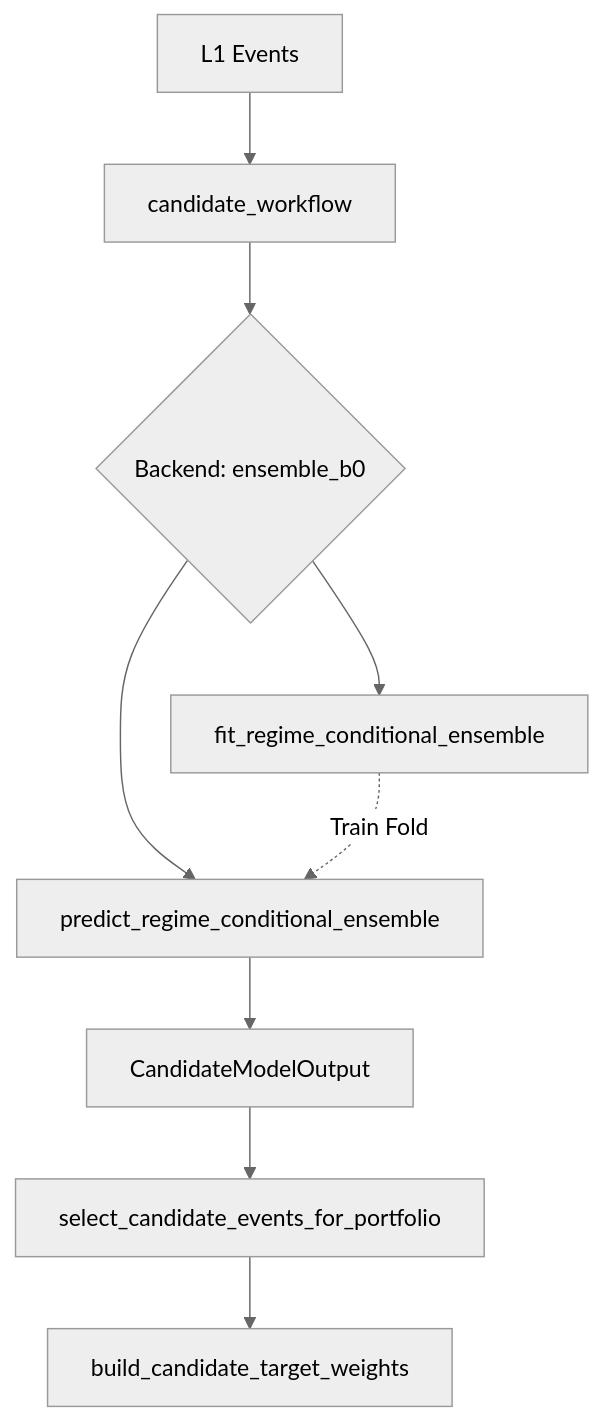
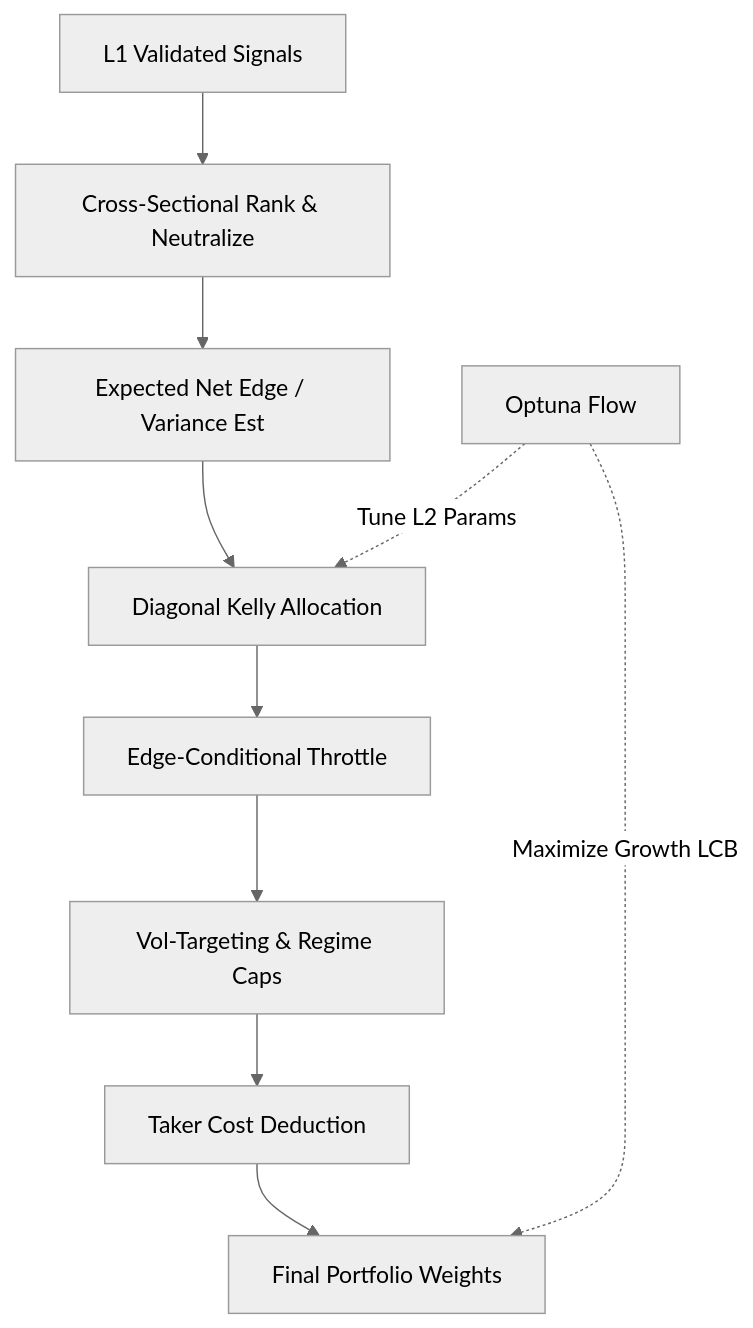
One commit to KTHYEONG/crypto-pilot changed the diagram in docs/architecture/layer2.md. Above: the diagram before and after it, drawn with Mermaid (neutral theme). The commit also changed other lines of this file and 11 other files, not shown here.

````diff
--- a/docs/architecture/layer2.md
+++ b/docs/architecture/layer2.md
@@ -109,11 +74,13 @@
 ```mermaid
 graph TD
-    A[L1 Events] --> B[candidate_workflow]
-    B --> C{Backend: ensemble_b0}
-    C --> D[fit_regime_conditional_ensemble]
-    C --> E[predict_regime_conditional_ensemble]
-    D -.->|Train Fold| E
-    E --> F[CandidateModelOutput]
-    F --> G[select_candidate_events_for_portfolio]
-    G --> H[build_candidate_target_weights]
+    A[L1 Validated Signals] --> B[Cross-Sectional Rank & Neutralize]
+    B --> C[Expected Net Edge / Variance Est]
+    C --> D[Diagonal Kelly Allocation]
+    D --> E[Edge-Conditional Throttle]
+    E --> F[Vol-Targeting & Regime Caps]
+    F --> G[Taker Cost Deduction]
+    G --> H[Final Portfolio Weights]
+    
+    I[Optuna Flow] -.->|Tune L2 Params| D
+    I -.->|Maximize Growth LCB| H
 ```
````
